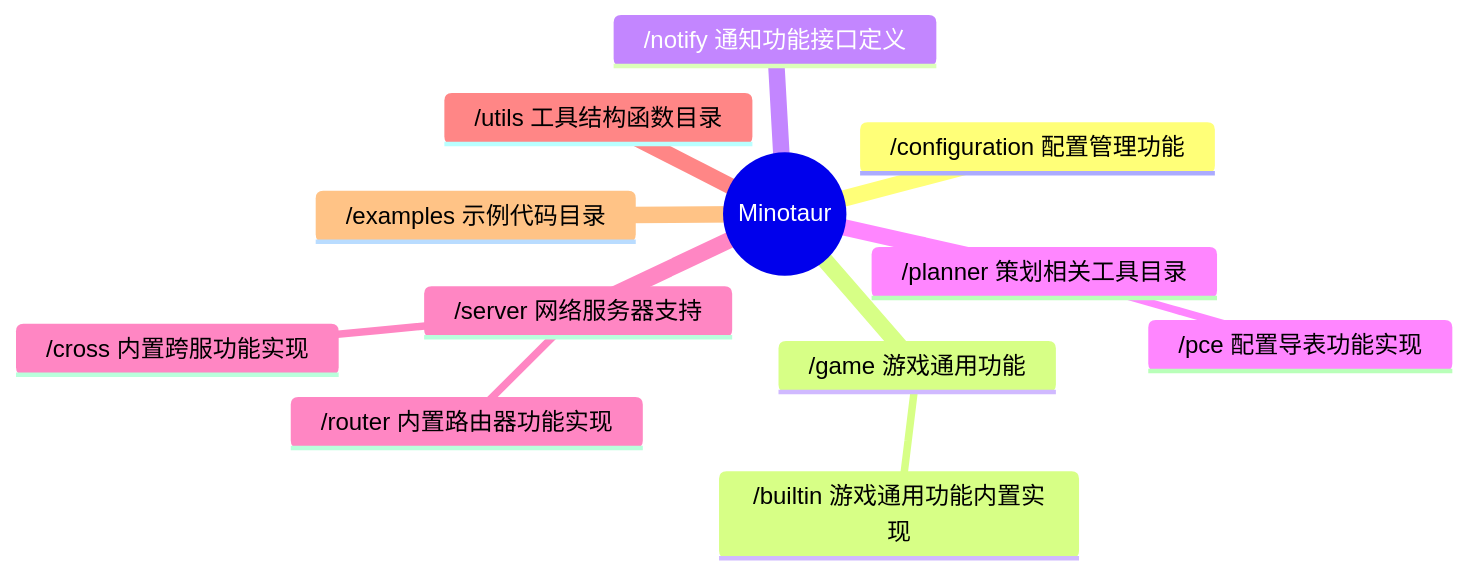
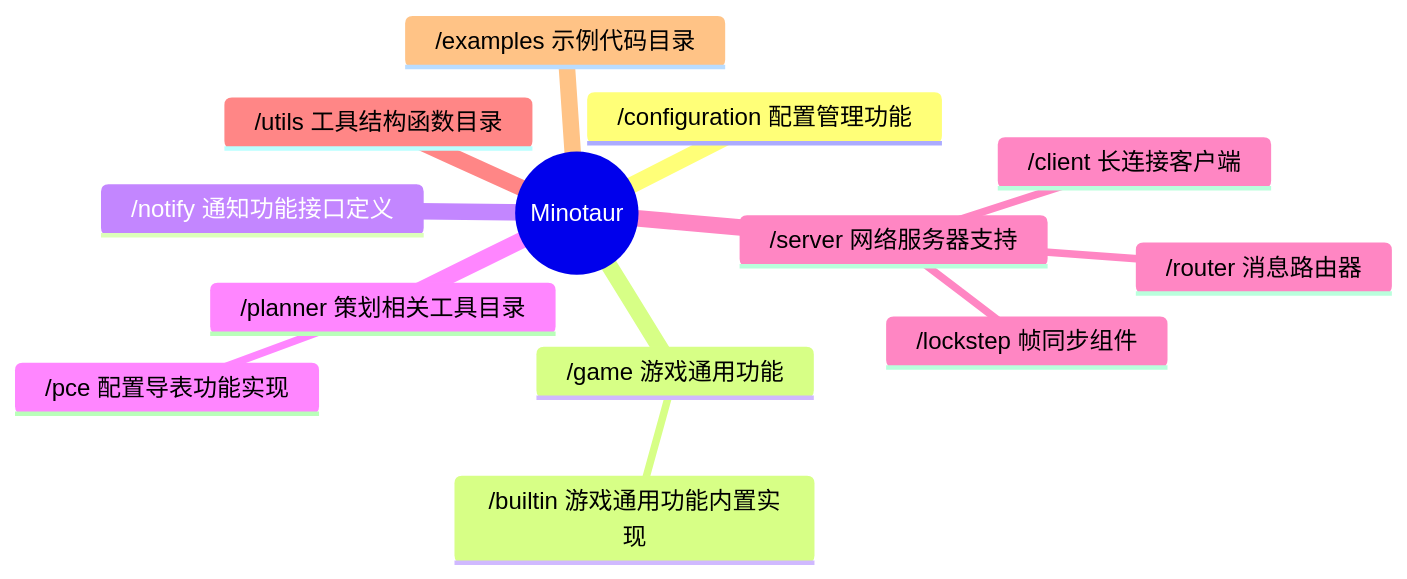
Before and after one commit to kercylan98/minotaur: the diagram in README.md, drawn with Mermaid. The commit also changed other lines of this file and 17 other files, not shown here.

````diff
--- a/README.md
+++ b/README.md
@@ -11,15 +11,16 @@
 ```mermaid
 mindmap
   root((Minotaur))
     /configuration 配置管理功能
     /game 游戏通用功能
       /builtin 游戏通用功能内置实现
     /notify 通知功能接口定义
     /planner 策划相关工具目录
       /pce 配置导表功能实现
     /server 网络服务器支持
-      /cross 内置跨服功能实现
-      /router 内置路由器功能实现
+      /client 长连接客户端
+      /lockstep 帧同步组件
+      /router 消息路由器
     /utils 工具结构函数目录
     /examples 示例代码目录
 ```
````
